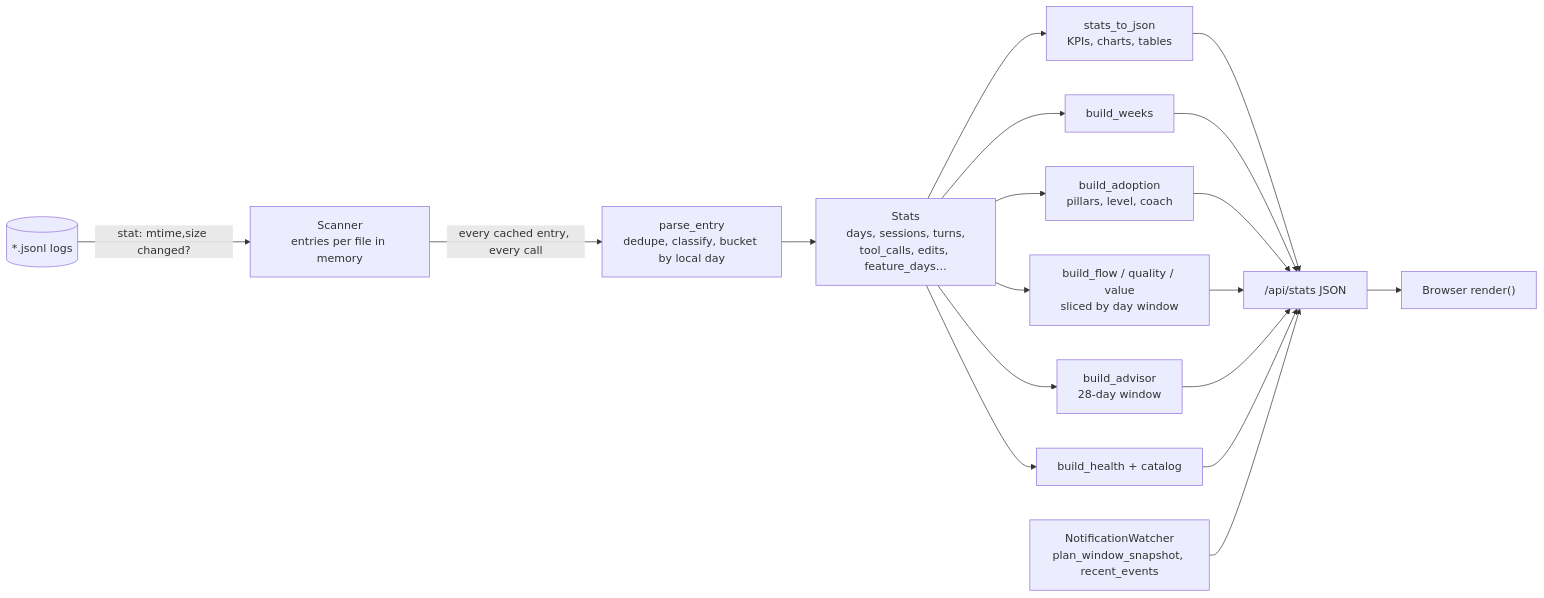
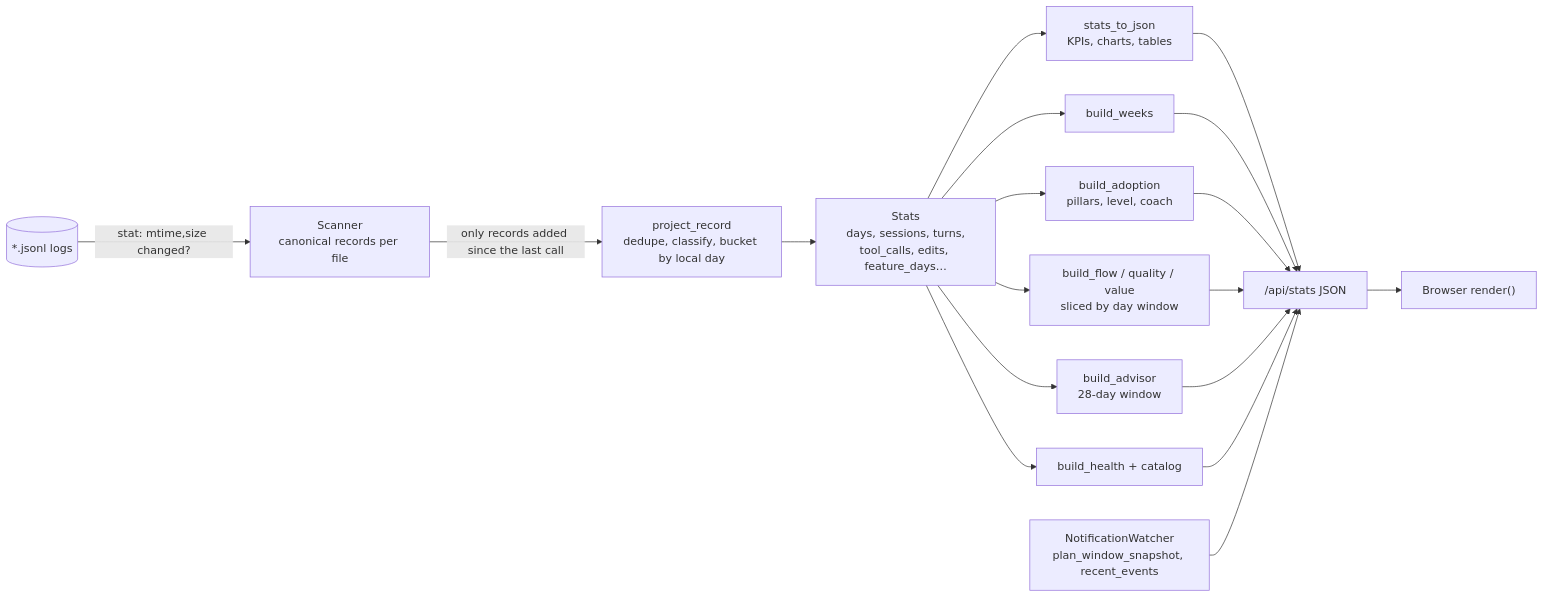
One commit to chandan12ar/dev-token-dashboard changed the third of 13 diagrams in docs/ARCHITECTURE.md. Above: the diagram before and after it, drawn with Mermaid. The commit also changed other lines of this file and 5 other files, not shown here.

````diff
--- a/docs/ARCHITECTURE.md
+++ b/docs/ARCHITECTURE.md
@@ -336,15 +364,15 @@
 ```mermaid
 flowchart LR
-  A[("*.jsonl logs")] -->|"stat: mtime,size changed?"| B["Scanner<br/>entries per file in memory"]
-  B -->|"every cached entry, every call"| C["parse_entry<br/>dedupe, classify, bucket by local day"]
+  A[("*.jsonl logs")] -->|"stat: mtime,size changed?"| B["Scanner<br/>canonical records per file"]
+  B -->|"only records added since the last call"| C["project_record<br/>dedupe, classify, bucket by local day"]
   C --> D["Stats<br/>days, sessions, turns,<br/>tool_calls, edits, feature_days…"]
   D --> E1["stats_to_json<br/>KPIs, charts, tables"]
   D --> E2["build_weeks"]
   D --> E3["build_adoption<br/>pillars, level, coach"]
   D --> E4["build_flow / quality / value<br/>sliced by day window"]
   D --> E5["build_advisor<br/>28-day window"]
   D --> E6["build_health + catalog"]
   E1 & E2 & E3 & E4 & E5 & E6 --> F["/api/stats JSON"]
   W["NotificationWatcher<br/>plan_window_snapshot, recent_events"] --> F
   F --> G["Browser render()"]
 ```
````
